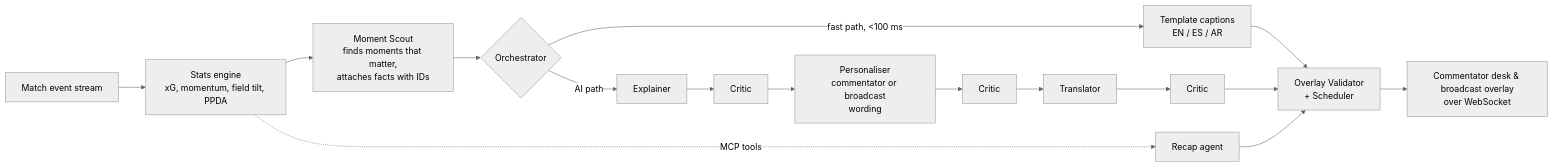
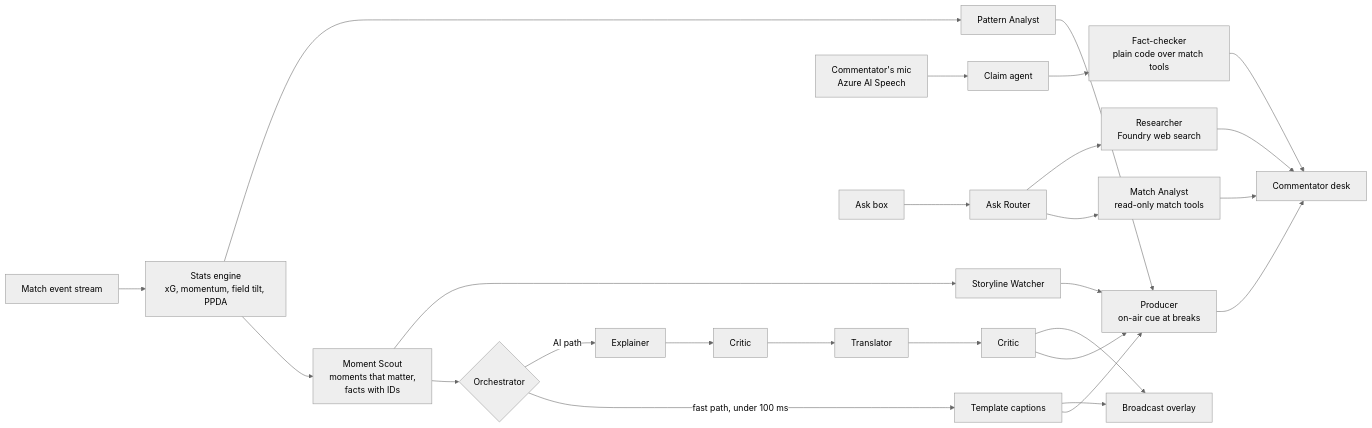
Before and after one commit to Darlcode101/premier-analytics: the diagram in README.md, drawn with Mermaid (neutral theme). The commit also changed other lines of this file, not shown here.

````diff
--- a/README.md
+++ b/README.md
@@ -26,13 +69,16 @@
 ```mermaid
 flowchart LR
     S[Match event stream] --> E[Stats engine<br/>xG, momentum, field tilt, PPDA]
-    E --> M[Moment Scout<br/>finds moments that matter,<br/>attaches facts with IDs]
-    E -. MCP tools .-> R[Recap agent]
+    E --> M[Moment Scout<br/>moments that matter,<br/>facts with IDs]
     M --> O{Orchestrator}
-    O -->|fast path, &lt;100 ms| T[Template captions<br/>EN / ES / AR]
-    O -->|AI path| X[Explainer] --> C1[Critic] --> P[Personaliser<br/>commentator or broadcast<br/>wording] --> C2[Critic] --> L[Translator] --> C3[Critic]
-    T --> V[Overlay Validator<br/>+ Scheduler]
-    C3 --> V
-    R --> V
-    V --> U[Commentator desk & broadcast overlay<br/>over WebSocket]
+    O -->|fast path, under 100 ms| T[Template captions]
+    O -->|AI path| X[Explainer] --> C[Critic] --> L[Translator] --> C2[Critic]
+    E --> PA[Pattern Analyst]
+    M --> SW[Storyline Watcher]
+    T & C2 & PA & SW --> P[Producer<br/>on-air cue at breaks]
+    P --> D[Commentator desk]
+    T & C2 --> V[Broadcast overlay]
+    MIC[Commentator's mic<br/>Azure AI Speech] --> CL[Claim agent] --> FC[Fact-checker<br/>plain code over match tools] --> D
+    Q[Ask box] --> AR[Ask Router] --> MA[Match Analyst<br/>read-only match tools] --> D
+    AR --> RS[Researcher<br/>Foundry web search] --> D
 ```
````
